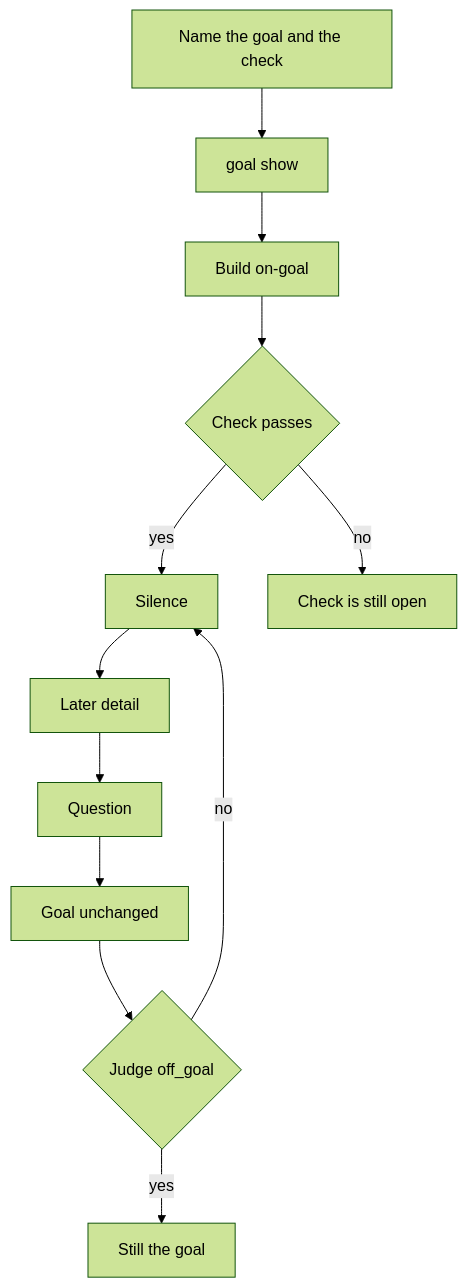
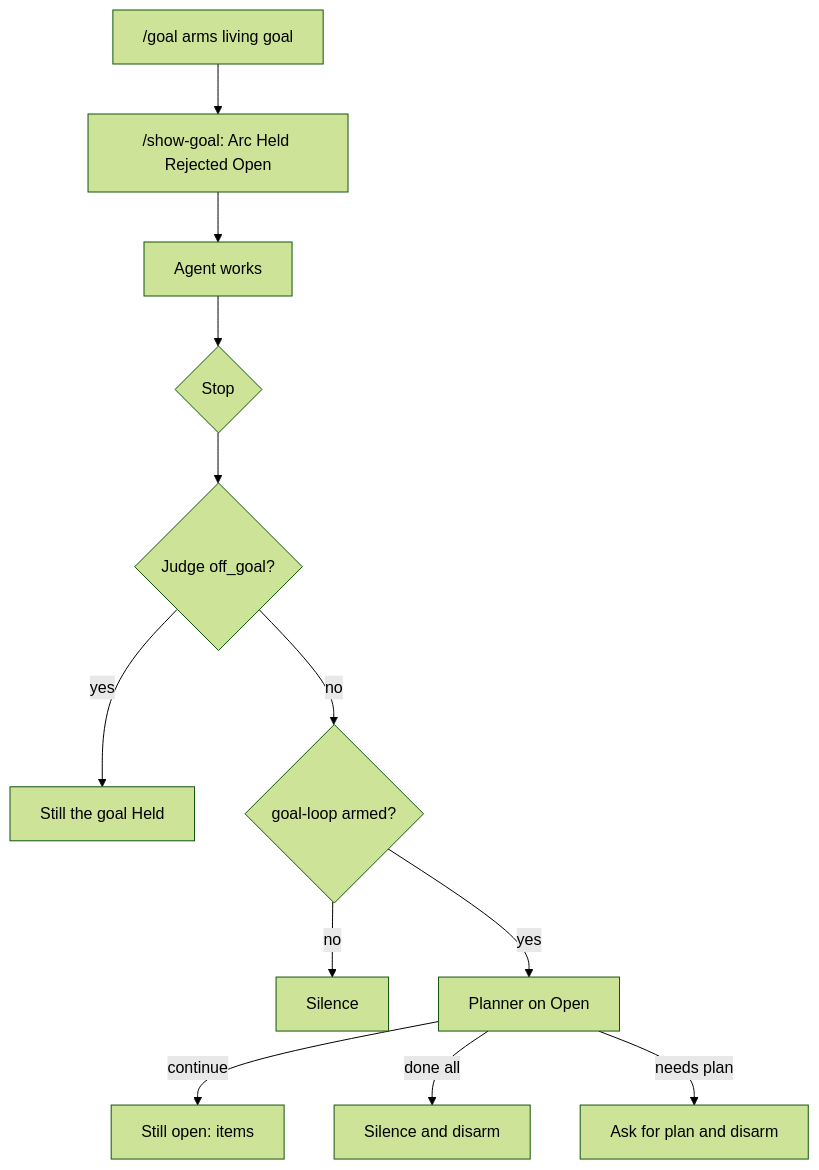
One commit to kaijie12/context-rot-guard changed the diagram in README.md. Above: the diagram before and after it, drawn with Mermaid (forest theme). The commit also changed other lines of this file and 15 other files, not shown here.

First line of the commit message:
Replace shell Check stop-loop with optional Open-list /goal-loop.

````diff
--- a/README.md
+++ b/README.md
@@ -50,14 +51,14 @@
 ```mermaid
 flowchart TB
-  name[Name the goal and the check] --> show[goal show]
-  show --> work[Build on-goal]
-  work --> pass{Check passes}
-  pass -->|yes| quiet[Silence]
-  pass -->|no| open[Check is still open]
-  quiet --> detail[Later detail]
-  detail --> ask[Question]
-  ask --> same[Goal unchanged]
-  same --> off{Judge off_goal}
-  off -->|yes| still[Still the goal]
-  off -->|no| quiet
+  arm["/goal arms living goal"] --> show["/show-goal: Arc Held Rejected Open"]
+  show --> work[Agent works]
+  work --> stop{Stop}
+  stop --> judge{Judge off_goal?}
+  judge -->|yes| still[Still the goal Held]
+  judge -->|no| loopArmed{goal-loop armed?}
+  loopArmed -->|no| quiet[Silence]
+  loopArmed -->|yes| planner[Planner on Open]
+  planner -->|continue| stillOpen[Still open: items]
+  planner -->|done all| disarm[Silence and disarm]
+  planner -->|needs plan| replan[Ask for plan and disarm]
 ```
````
